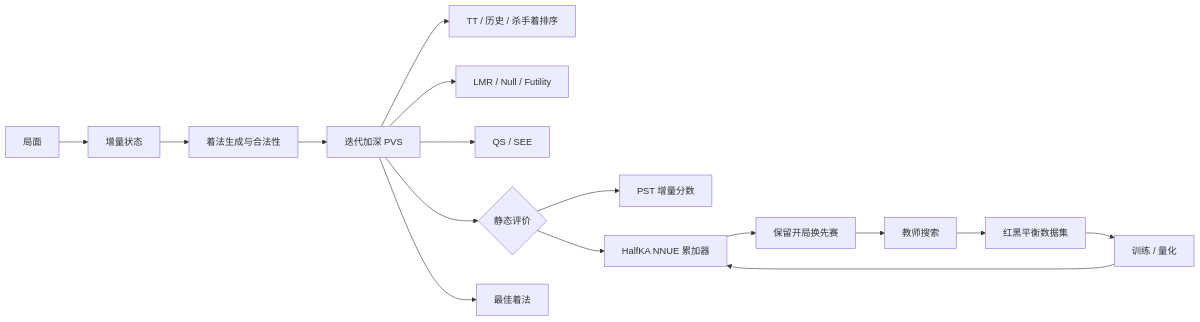
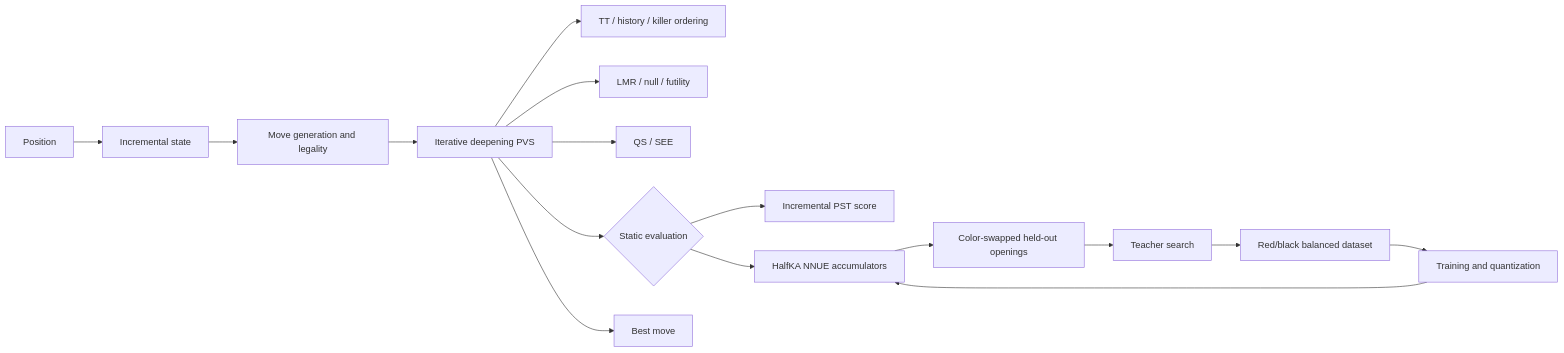
One commit to childofcuriosity/chinese-chess-xiangqi-searcher changed the diagram in README.md. Above: the diagram before and after it, drawn with Mermaid. The commit also changed other lines of this file and 82 other files, not shown here.

````diff
--- a/README.md
+++ b/README.md
@@ -41,19 +39,18 @@
 ```mermaid
 flowchart LR
-    POS[局面] --> STATE[增量状态]
-    STATE --> MOVE[着法生成与合法性]
-    MOVE --> SEARCH[迭代加深 PVS]
-    SEARCH --> ORDER[TT / 历史 / 杀手着排序]
-    SEARCH --> PRUNE[LMR / Null / Futility]
+    POS[Position] --> STATE[Incremental state]
+    STATE --> MOVE[Move generation and legality]
+    MOVE --> SEARCH[Iterative deepening PVS]
+    SEARCH --> ORDER[TT / history / killer ordering]
+    SEARCH --> PRUNE[LMR / null / futility]
     SEARCH --> QS[QS / SEE]
-    SEARCH --> EVAL{静态评价}
-    EVAL --> PST[PST 增量分数]
-    EVAL --> NNUE[HalfKA NNUE 累加器]
-    SEARCH --> BEST[最佳着法]
-
-    TEACHER[教师搜索] --> DATA[红黑平衡数据集]
-    DATA --> TRAIN[训练 / 量化]
+    SEARCH --> EVAL{Static evaluation}
+    EVAL --> PST[Incremental PST score]
+    EVAL --> NNUE[HalfKA NNUE accumulators]
+    SEARCH --> BEST[Best move]
+    TEACHER[Teacher search] --> DATA[Red/black balanced dataset]
+    DATA --> TRAIN[Training and quantization]
     TRAIN --> NNUE
-    NNUE --> MATCH[保留开局换先赛]
+    NNUE --> MATCH[Color-swapped held-out openings]
     MATCH --> TEACHER
 ```
````
